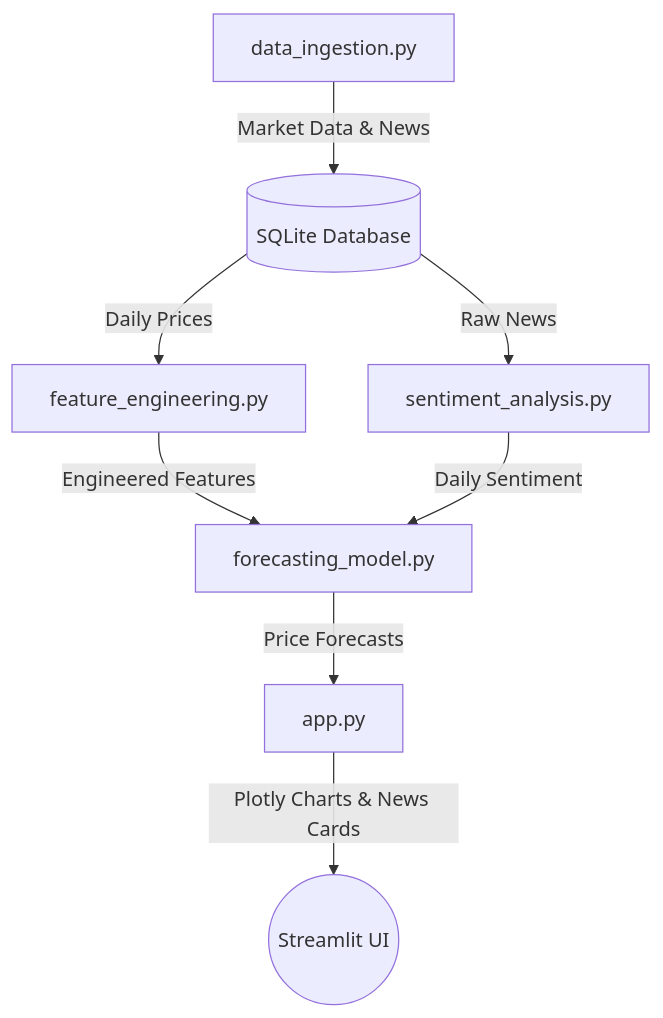
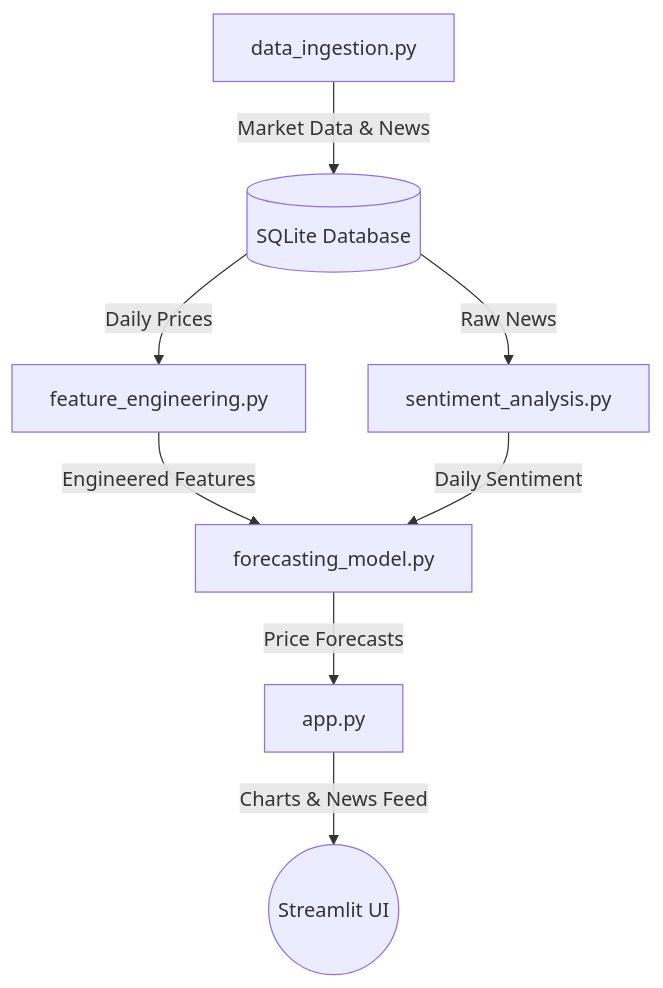
The diagram in README.md (sahil8017/realtime-data-stream-app), drawn with Mermaid before and after one commit. The commit also changed other lines of this file, not shown here.

Commit message:
Polished README.md, removed emojis, updated tone, and deployed to streamlit

````diff
--- a/README.md
+++ b/README.md
@@ -11,10 +13,10 @@
 ```mermaid
 graph TD
     A[data_ingestion.py] -->|Market Data & News| B[(SQLite Database)]
     B -->|Daily Prices| C[feature_engineering.py]
     B -->|Raw News| D[sentiment_analysis.py]
     C -->|Engineered Features| E[forecasting_model.py]
     D -->|Daily Sentiment| E
     E -->|Price Forecasts| F[app.py]
-    F -->|Plotly Charts & News Cards| G((Streamlit UI))
+    F -->|Charts & News Feed| G((Streamlit UI))
 ```
````
